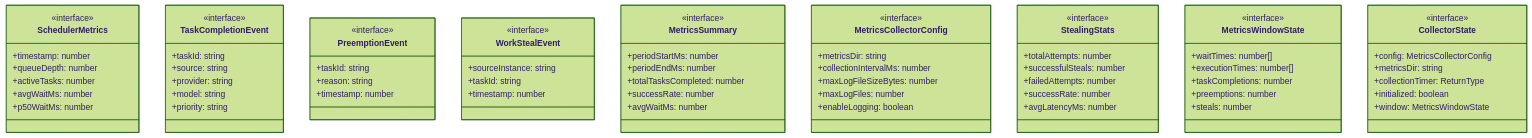
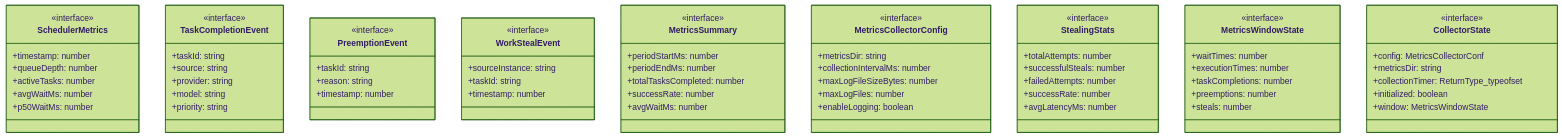
The first of 3 diagrams in ABDD/.pi/lib/metrics-collector.md (Mekann2904/mekann), drawn with Mermaid (forest theme) before and after one commit. The commit also changed other lines of this file and 174 other files, not shown here.

First line of the commit message:
fix(docs): ABDDのMermaid図生成エラーを修正する

````diff
--- a/ABDD/.pi/lib/metrics-collector.md
+++ b/ABDD/.pi/lib/metrics-collector.md
@@ -46,71 +46,71 @@
 ```mermaid
 classDiagram
   class SchedulerMetrics {
     <<interface>>
     +timestamp: number
     +queueDepth: number
     +activeTasks: number
     +avgWaitMs: number
     +p50WaitMs: number
   }
   class TaskCompletionEvent {
     <<interface>>
     +taskId: string
     +source: string
     +provider: string
     +model: string
     +priority: string
   }
   class PreemptionEvent {
     <<interface>>
     +taskId: string
     +reason: string
     +timestamp: number
   }
   class WorkStealEvent {
     <<interface>>
     +sourceInstance: string
     +taskId: string
     +timestamp: number
   }
   class MetricsSummary {
     <<interface>>
     +periodStartMs: number
     +periodEndMs: number
     +totalTasksCompleted: number
     +successRate: number
     +avgWaitMs: number
   }
   class MetricsCollectorConfig {
     <<interface>>
     +metricsDir: string
     +collectionIntervalMs: number
     +maxLogFileSizeBytes: number
     +maxLogFiles: number
     +enableLogging: boolean
   }
   class StealingStats {
     <<interface>>
     +totalAttempts: number
     +successfulSteals: number
     +failedAttempts: number
     +successRate: number
     +avgLatencyMs: number
   }
   class MetricsWindowState {
     <<interface>>
-    +waitTimes: number[]
-    +executionTimes: number[]
+    +waitTimes: number
+    +executionTimes: number
     +taskCompletions: number
     +preemptions: number
     +steals: number
   }
   class CollectorState {
     <<interface>>
-    +config: MetricsCollectorConfig
+    +config: MetricsCollectorConf
     +metricsDir: string
-    +collectionTimer: ReturnType<typeofsetInterval>
+    +collectionTimer: ReturnType_typeofset
     +initialized: boolean
     +window: MetricsWindowState
   }
 ```
````
